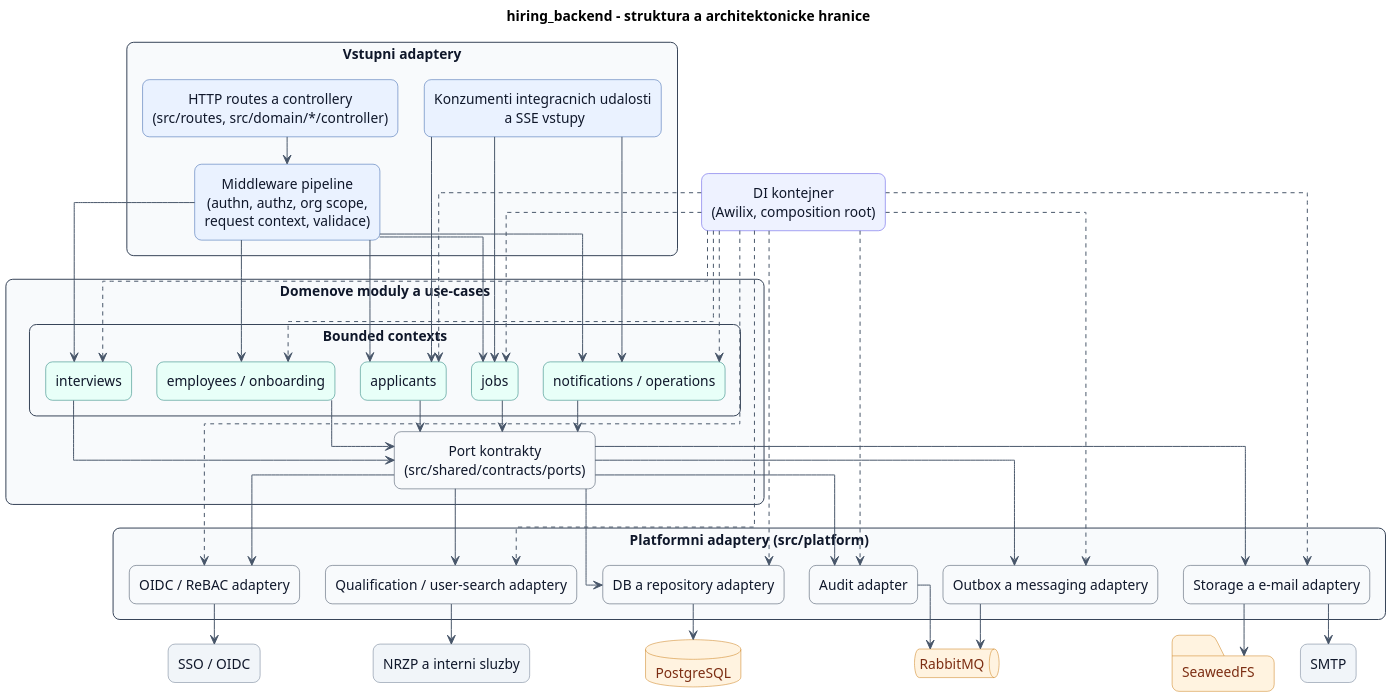
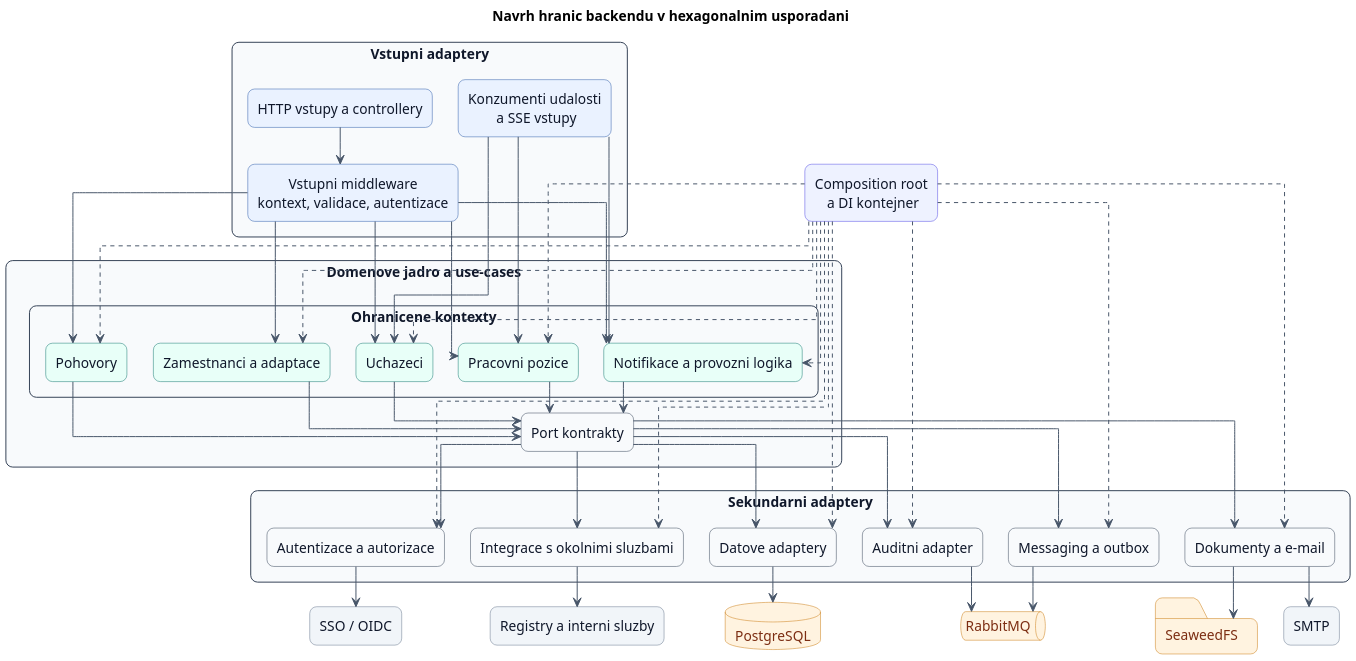
Before and after one commit to pavelvachaaa/diploma-thesis: the diagram in procesy/architecture/backend-structure.puml, drawn with PlantUML. The commit also changed 6 other files, not shown here.

```diff
--- a/procesy/architecture/backend-structure.puml
+++ b/procesy/architecture/backend-structure.puml
@@ -1,153 +1,153 @@
 @startuml
 top to bottom direction
 hide stereotype
 
 skinparam backgroundColor transparent
 skinparam shadowing false
 skinparam linetype ortho
 skinparam packageStyle rectangle
 skinparam defaultFontName Arial
 skinparam defaultTextAlignment center
 skinparam dpi 160
 skinparam ranksep 28
 skinparam nodesep 26
 skinparam ArrowColor #475569
 skinparam ArrowThickness 1.0
 skinparam RoundCorner 14
 
 skinparam rectangle {
   BackgroundColor #F8FAFC
   BorderColor #334155
   FontColor #0F172A
 }
 
 skinparam rectangle<<frontend>> {
   BackgroundColor #EAF2FF
   BorderColor #2B5AA6
 }
 
 skinparam rectangle<<service>> {
   BackgroundColor #E8FFF8
   BorderColor #0F766E
 }
 
 skinparam rectangle<<external>> {
   BackgroundColor #F1F5F9
   BorderColor #64748B
 }
 
 skinparam rectangle<<obs>> {
   BackgroundColor #EEF2FF
   BorderColor #4F46E5
 }
 
 skinparam database {
   BackgroundColor #FFF3E0
   BorderColor #C97A10
   FontColor #7C2D12
 }
 
 skinparam folder {
   BackgroundColor #FFF3E0
   BorderColor #C97A10
   FontColor #7C2D12
 }
 
 skinparam queue {
   BackgroundColor #FFF3E0
   BorderColor #C97A10
   FontColor #7C2D12
 }
 
-title hiring_backend - struktura a architektonicke hranice
+title Navrh hranic backendu v hexagonalnim usporadani
 
 package "Vstupni adaptery" {
-  rectangle "HTTP routes a controllery\n(src/routes, src/domain/*/controller)" <<frontend>> as ROUTES
-  rectangle "Middleware pipeline\n(authn, authz, org scope,\nrequest context, validace)" <<frontend>> as MW
-  rectangle "Konzumenti integracnich udalosti\n a SSE vstupy" <<frontend>> as CONSUMERS
+  rectangle "HTTP vstupy a controllery" <<frontend>> as ROUTES
+  rectangle "Vstupni middleware\nkontext, validace, autentizace" <<frontend>> as MW
+  rectangle "Konzumenti udalosti\n a SSE vstupy" <<frontend>> as CONSUMERS
 }
 
-package "Domenove moduly a use-cases" {
-  package "Bounded contexts" {
-    rectangle "applicants" <<service>> as M_APP
-    rectangle "jobs" <<service>> as M_JOBS
-    rectangle "interviews" <<service>> as M_INT
-    rectangle "employees / onboarding" <<service>> as M_EMP
-    rectangle "notifications / operations" <<service>> as M_OTHER
+package "Domenove jadro a use-cases" {
+  package "Ohranicene kontexty" {
+    rectangle "Uchazeci" <<service>> as M_APP
+    rectangle "Pracovni pozice" <<service>> as M_JOBS
+    rectangle "Pohovory" <<service>> as M_INT
+    rectangle "Zamestnanci a adaptace" <<service>> as M_EMP
+    rectangle "Notifikace a provozni logika" <<service>> as M_OTHER
   }
 
-  rectangle "Port kontrakty\n(src/shared/contracts/ports)" as PORTS
+  rectangle "Port kontrakty" as PORTS
 }
 
-package "Platformni adaptery (src/platform)" {
-  rectangle "DB a repository adaptery" as ADB
-  rectangle "Outbox a messaging adaptery" as AOUTBOX
-  rectangle "Storage a e-mail adaptery" as ASTORAGE
-  rectangle "OIDC / ReBAC adaptery" as ASEC
-  rectangle "Qualification / user-search adaptery" as AINT
-  rectangle "Audit adapter" as AAUDIT
+package "Sekundarni adaptery" {
+  rectangle "Datove adaptery" as ADB
+  rectangle "Messaging a outbox" as AOUTBOX
+  rectangle "Dokumenty a e-mail" as ASTORAGE
+  rectangle "Autentizace a autorizace" as ASEC
+  rectangle "Integrace s okolnimi sluzbami" as AINT
+  rectangle "Auditni adapter" as AAUDIT
 }
 
-rectangle "DI kontejner\n(Awilix, composition root)" <<obs>> as DI
+rectangle "Composition root\n a DI kontejner" <<obs>> as DI
 
 database "PostgreSQL" as DB
 folder "SeaweedFS" as S3
 queue "RabbitMQ" as MQ
 rectangle "SSO / OIDC" <<external>> as SSO
-rectangle "NRZP a interni sluzby" <<external>> as EXT
+rectangle "Registry a interni sluzby" <<external>> as EXT
 rectangle "SMTP" <<external>> as SMTP
 
 ROUTES --> MW
 MW --> M_APP
 MW --> M_JOBS
 MW --> M_INT
 MW --> M_EMP
 MW --> M_OTHER
 CONSUMERS --> M_APP
 CONSUMERS --> M_JOBS
 CONSUMERS --> M_OTHER
 
 M_APP --> PORTS
 M_JOBS --> PORTS
 M_INT --> PORTS
 M_EMP --> PORTS
 M_OTHER --> PORTS
 
 PORTS --> ADB
 PORTS --> AOUTBOX
 PORTS --> ASTORAGE
 PORTS --> ASEC
 PORTS --> AINT
 PORTS --> AAUDIT
 
 ADB --> DB
 AOUTBOX --> MQ
 ASTORAGE --> S3
 ASTORAGE --> SMTP
 ASEC --> SSO
 AINT --> EXT
 AAUDIT --> MQ
 
 DI ..> M_APP
 DI ..> M_JOBS
 DI ..> M_INT
 DI ..> M_EMP
 DI ..> M_OTHER
 DI ..> ADB
 DI ..> AOUTBOX
 DI ..> ASTORAGE
 DI ..> ASEC
 DI ..> AINT
 DI ..> AAUDIT
 
 M_APP -[hidden]right-> M_JOBS
 M_JOBS -[hidden]right-> M_INT
 M_INT -[hidden]right-> M_EMP
 M_EMP -[hidden]right-> M_OTHER
 ADB -[hidden]right-> AOUTBOX
 AOUTBOX -[hidden]right-> ASTORAGE
 ASTORAGE -[hidden]right-> ASEC
 ASEC -[hidden]right-> AINT
 AINT -[hidden]right-> AAUDIT
 
 @enduml
```
